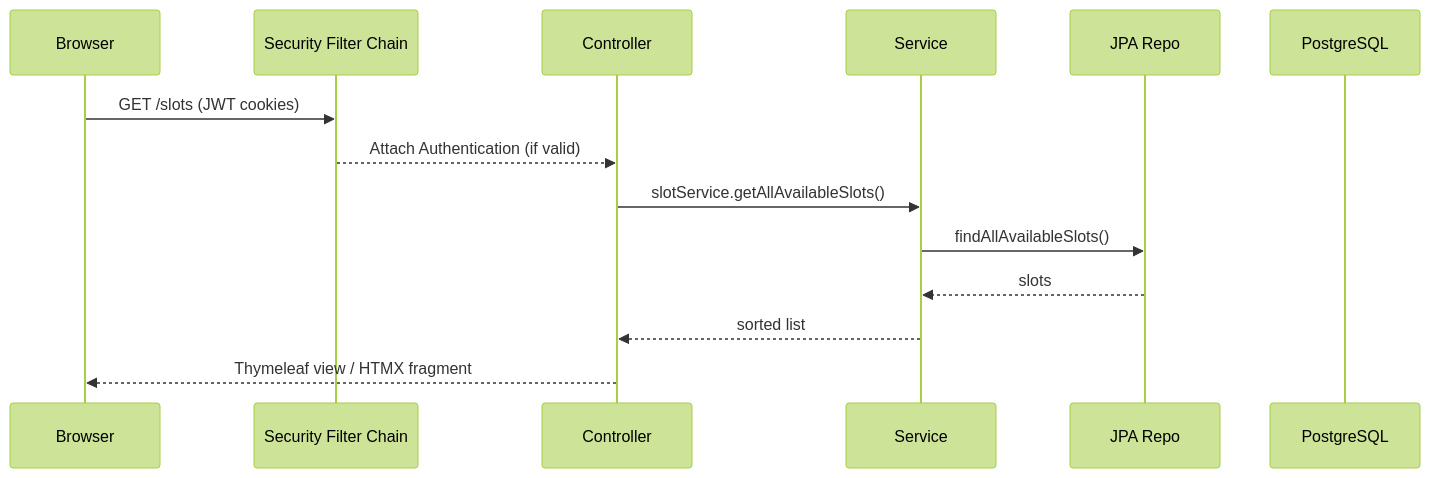
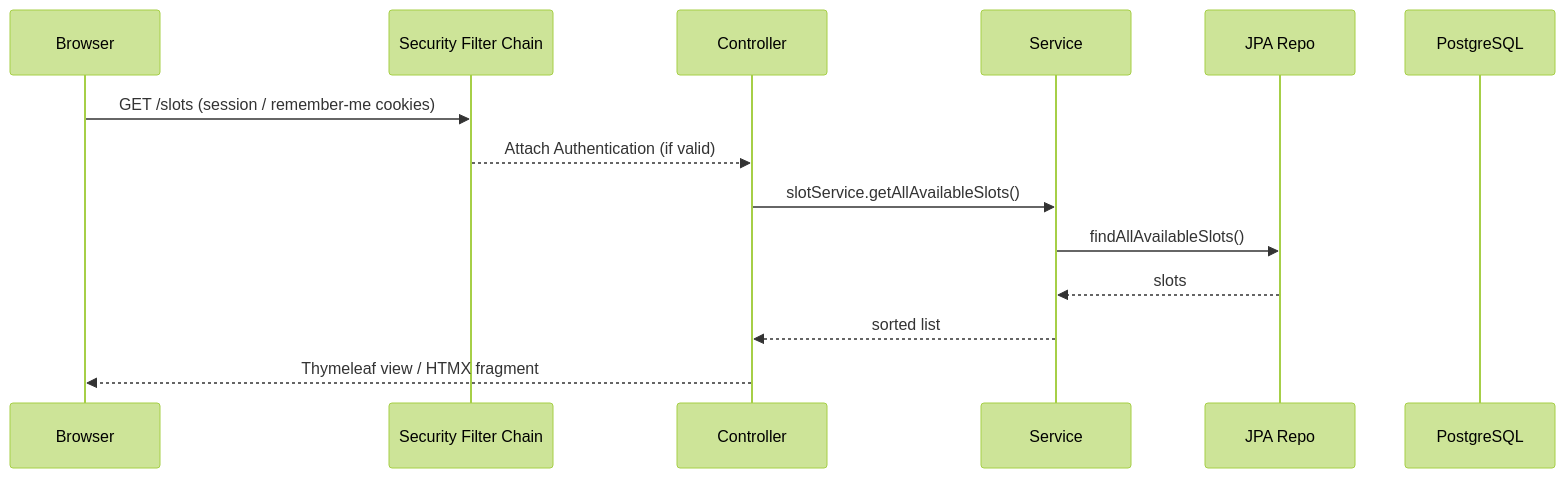
One commit to IgorProkhorchuk/friseur changed the second of 2 diagrams in ARCHITECTURE.md. Above: the diagram before and after it, drawn with Mermaid (forest theme). The commit also changed other lines of this file and 28 other files, not shown here.

Commit message:
Remove JWT auth and use session remember-me

````diff
--- a/ARCHITECTURE.md
+++ b/ARCHITECTURE.md
@@ -35,17 +35,17 @@
 ```mermaid
 sequenceDiagram
   participant Browser
   participant Filter as Security Filter Chain
   participant Controller
   participant Service
   participant Repo as JPA Repo
   participant DB as PostgreSQL
 
-  Browser->>Filter: GET /slots (JWT cookies)
+  Browser->>Filter: GET /slots (session / remember-me cookies)
   Filter-->>Controller: Attach Authentication (if valid)
   Controller->>Service: slotService.getAllAvailableSlots()
   Service->>Repo: findAllAvailableSlots()
   Repo-->>Service: slots
   Service-->>Controller: sorted list
   Controller-->>Browser: Thymeleaf view / HTMX fragment
 ```
````
